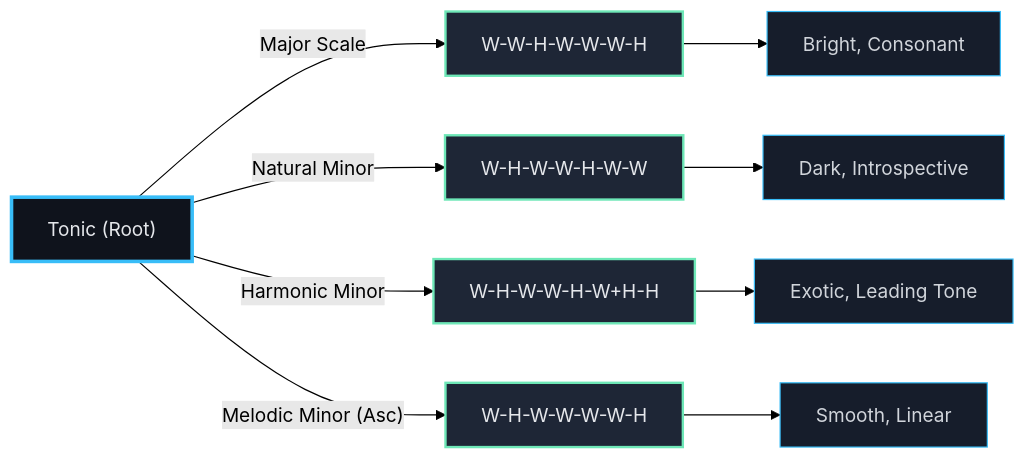
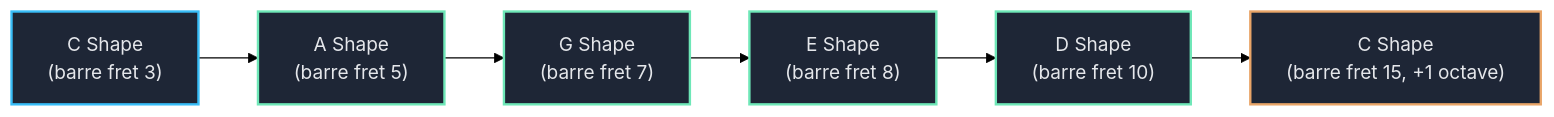
Before and after one commit to blebleblee/synapse: the second of 4 diagrams in topics/arts/music_performance/strings/lesson_02_music_theory_for_strings.md, drawn with Mermaid (forest theme). The commit also changed other lines of this file and 4 other files, not shown here.

````diff
--- a/topics/arts/music_performance/strings/lesson_02_music_theory_for_strings.md
+++ b/topics/arts/music_performance/strings/lesson_02_music_theory_for_strings.md
@@ -123,22 +280,15 @@
 ```mermaid
 flowchart LR
-    A["Tonic (Root)"] -->|"Major Scale"| B["W-W-H-W-W-W-H"]
-    A -->|"Natural Minor"| C["W-H-W-W-H-W-W"]
-    A -->|"Harmonic Minor"| D["W-H-W-W-H-W+H-H"]
-    A -->|"Melodic Minor (Asc)"| E["W-H-W-W-W-W-H"]
+    A["C Shape\n(barre fret 3)"] --> B["A Shape\n(barre fret 5)"]
+    B --> C["G Shape\n(barre fret 7)"]
+    C --> D["E Shape\n(barre fret 8)"]
+    D --> E["D Shape\n(barre fret 10)"]
+    E --> F["C Shape\n(barre fret 15, +1 octave)"]
     
-    B --> F["Bright, Consonant"]
-    C --> G["Dark, Introspective"]
-    D --> H["Exotic, Leading Tone"]
-    E --> I["Smooth, Linear"]
-    
-    style A fill:#0F131C,stroke:#38BDF8,stroke-width:3px,color:#E5E7EB
+    style A fill:#1E2636,stroke:#38BDF8,stroke-width:2px,color:#E5E7EB
     style B fill:#1E2636,stroke:#6EE7B7,stroke-width:2px,color:#E5E7EB
     style C fill:#1E2636,stroke:#6EE7B7,stroke-width:2px,color:#E5E7EB
     style D fill:#1E2636,stroke:#6EE7B7,stroke-width:2px,color:#E5E7EB
     style E fill:#1E2636,stroke:#6EE7B7,stroke-width:2px,color:#E5E7EB
-    style F fill:#161D2B,stroke:#38BDF8,stroke-width:1px,color:#D1D5DB
-    style G fill:#161D2B,stroke:#38BDF8,stroke-width:1px,color:#D1D5DB
-    style H fill:#161D2B,stroke:#38BDF8,stroke-width:1px,color:#D1D5DB
-    style I fill:#161D2B,stroke:#38BDF8,stroke-width:1px,color:#D1D5DB
+    style F fill:#1E2636,stroke:#E9A568,stroke-width:2px,color:#E5E7EB
 ```
````
